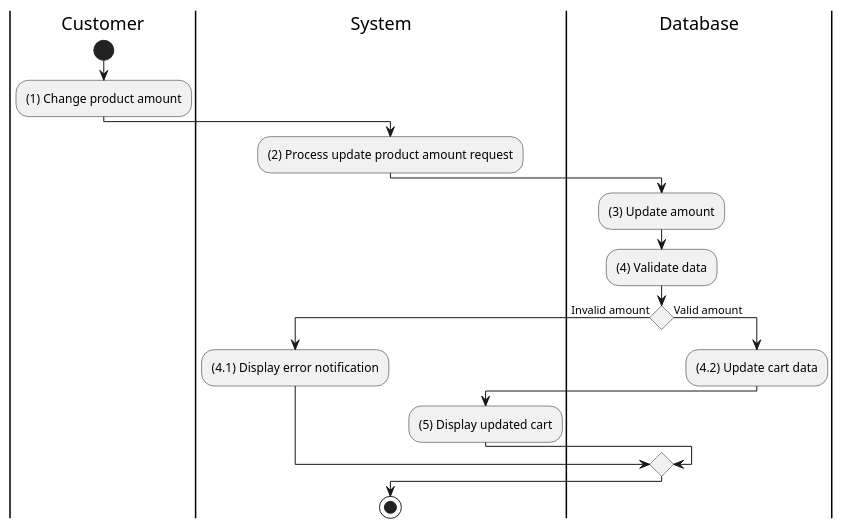
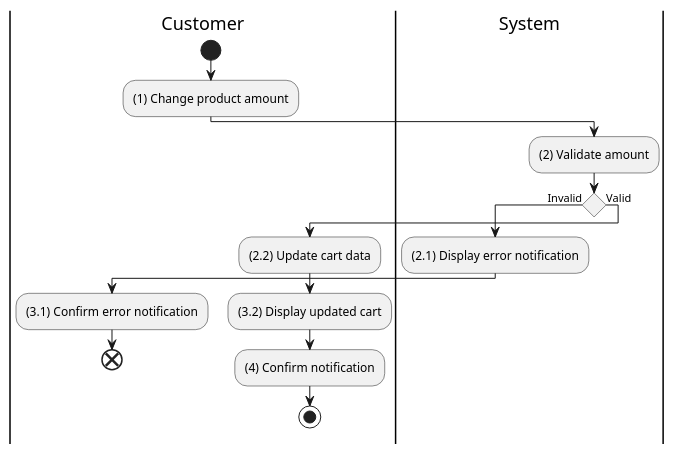
One commit to electricilies/electricilies.github.io changed the diagram in docs/software-docs/activity/manage-cart/change-product-amount.md. Above: the diagram before and after it, drawn with PlantUML. The commit also changed 47 other files, not shown here.

````diff
--- a/docs/software-docs/activity/manage-cart/change-product-amount.md
+++ b/docs/software-docs/activity/manage-cart/change-product-amount.md
@@ -3,27 +3,24 @@
 ```plantuml
 @startuml
 |C|Customer
 |S|System
-|D|Database
 
 |C|
 start
 :(1) Change product amount;
 |S|
-:(2) Process update product amount request;
-|D|
-:(3) Update amount;
-:(4) Validate data;
-if () then (Invalid amount)
-  |S|
-  :(4.1) Display error notification;
-else (Valid amount)
-  |D|
-  :(4.2) Update cart data;
-  |S|
-  :(5) Display updated cart;
+:(2) Validate amount;
+if () then (Invalid)
+  :(2.1) Display error notification;
+  |C|
+  :(3.1) Confirm error notification;
+  end
+else (Valid)
+  :(2.2) Update cart data;
+  :(3.2) Display updated cart;
+  |C|
+  :(4) Confirm notification;
+  stop
 endif
-stop
-
 @enduml
 ```
````
